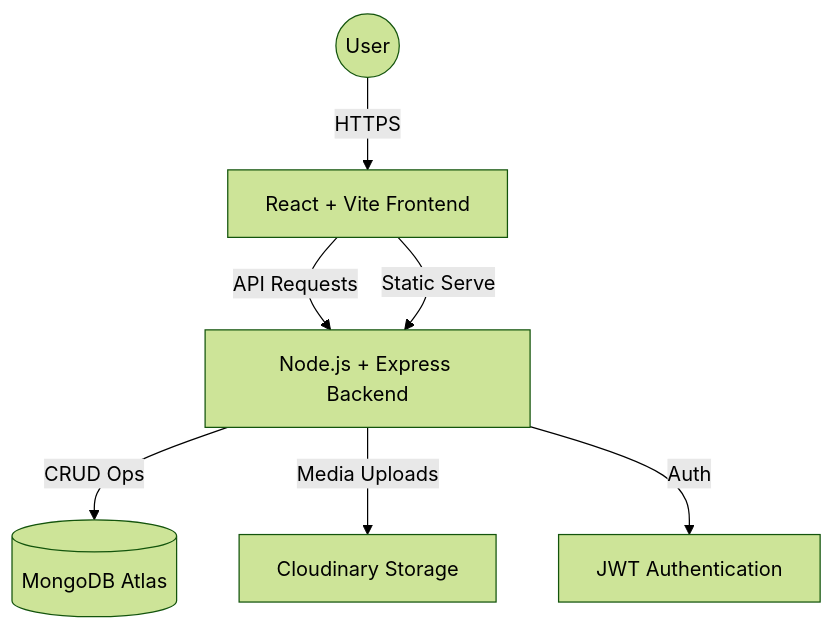
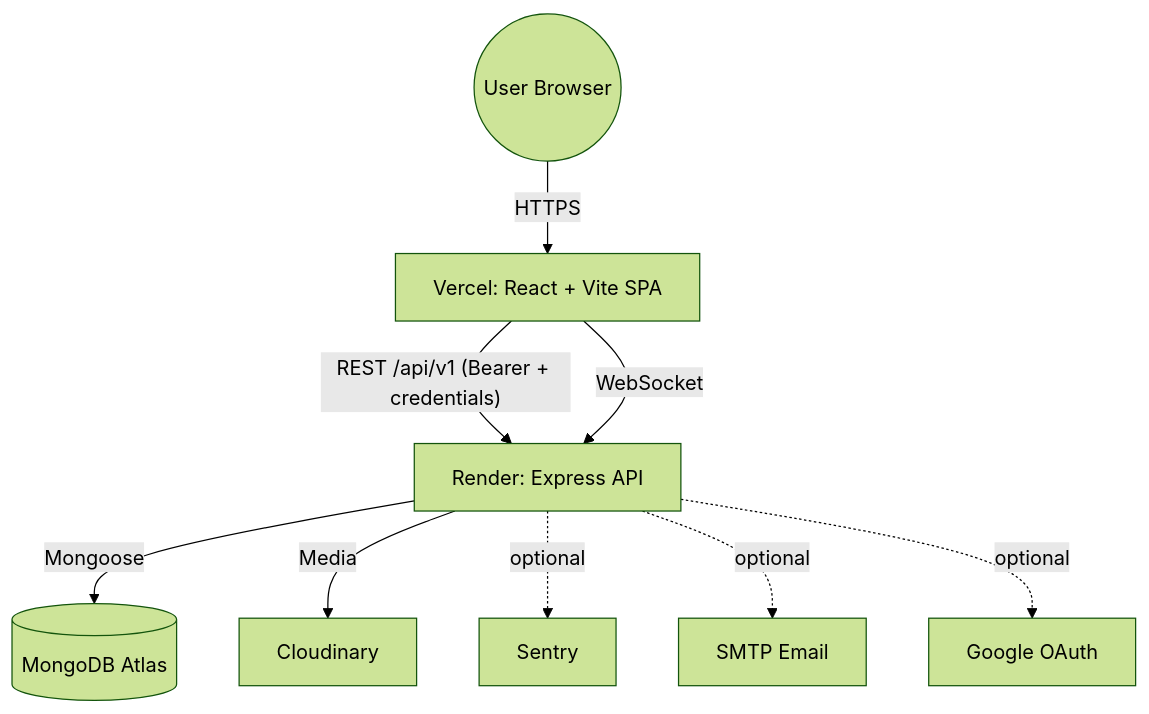
The first of 2 diagrams in README.md (Shahji-01/Vtube), drawn with Mermaid (forest theme) before and after one commit. The commit also changed other lines of this file and 117 other files, not shown here.

First line of the commit message:
feat: production hardening + Vercel/Render deploy config

````diff
--- a/README.md
+++ b/README.md
@@ -17,9 +92,11 @@
 ```mermaid
 graph TD
-    User((User)) -->|HTTPS| Frontend[React + Vite Frontend]
-    Frontend -->|API Requests| Backend[Node.js + Express Backend]
-    Backend -->|CRUD Ops| MongoDB[(MongoDB Atlas)]
-    Backend -->|Media Uploads| Cloudinary[Cloudinary Storage]
-    Backend -->|Auth| JWT[JWT Authentication]
-    Frontend -->|Static Serve| Backend
+    U((User Browser)) -->|HTTPS| V[Vercel: React + Vite SPA]
+    V -->|"REST /api/v1 (Bearer + credentials)"| R[Render: Express API]
+    V -->|WebSocket| R
+    R -->|Mongoose| M[(MongoDB Atlas)]
+    R -->|Media| C[Cloudinary]
+    R -.->|optional| S[Sentry]
+    R -.->|optional| E[SMTP Email]
+    R -.->|optional| G[Google OAuth]
 ```
````
